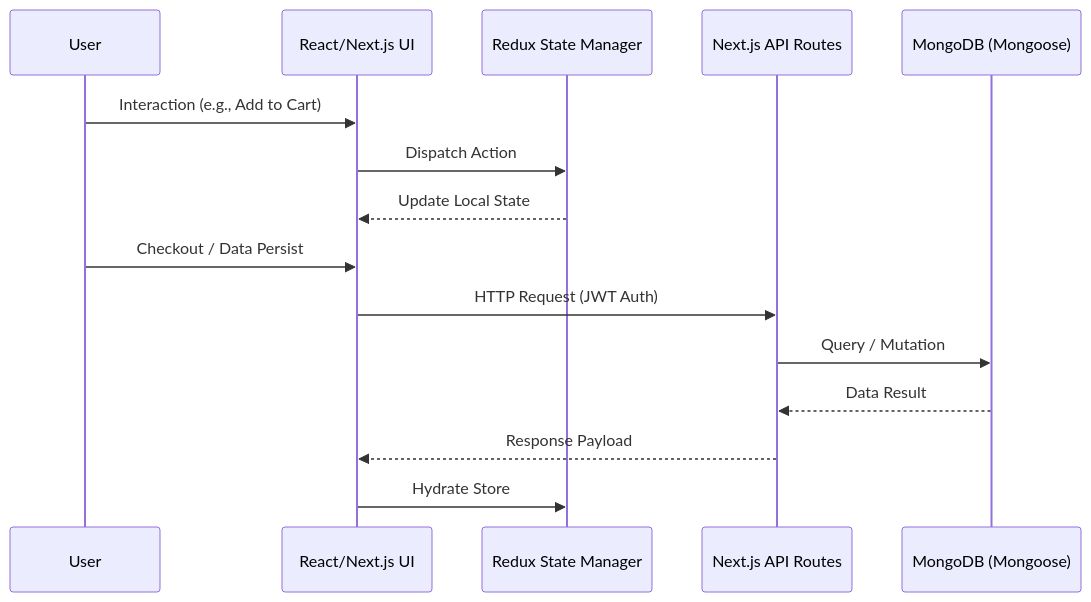
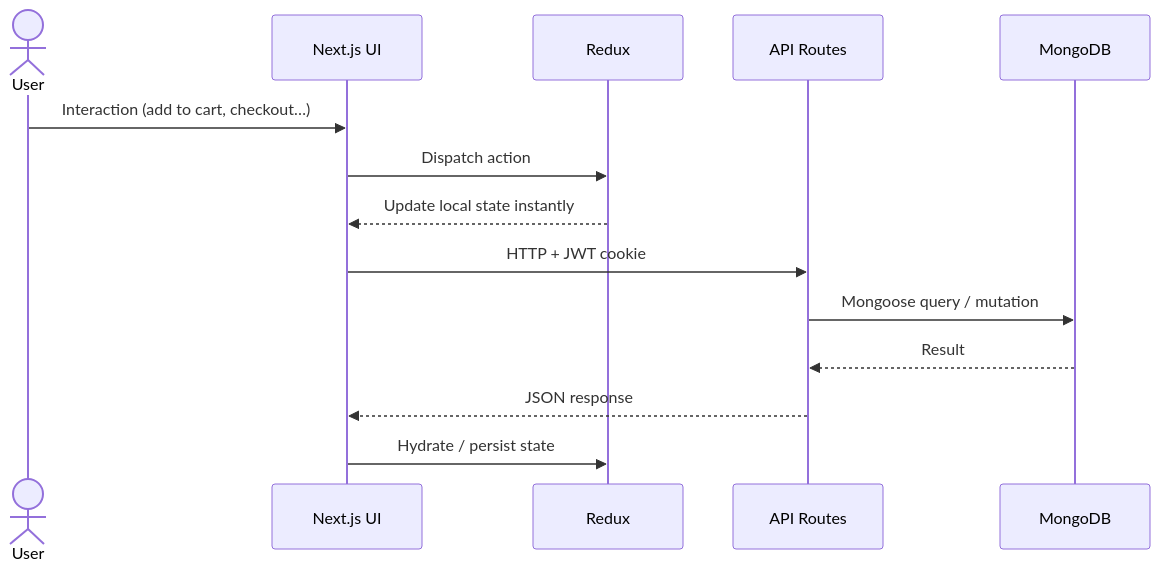
Before and after one commit to TalhaZubair019/PrintNest: the diagram in README.md, drawn with Mermaid. The commit also changed other lines of this file, not shown here.

````diff
--- a/README.md
+++ b/README.md
@@ -175,18 +142,17 @@
 ```mermaid
 sequenceDiagram
-    participant User
-    participant Frontend as React/Next.js UI
-    participant Redux as Redux State Manager
-    participant API as Next.js API Routes
-    participant DB as MongoDB (Mongoose)
+    actor User
+    participant UI as Next.js UI
+    participant Redux
+    participant API as API Routes
+    participant DB as MongoDB
 
-    User->>Frontend: Interaction (e.g., Add to Cart)
-    Frontend->>Redux: Dispatch Action
-    Redux-->>Frontend: Update Local State
-    User->>Frontend: Checkout / Data Persist
-    Frontend->>API: HTTP Request (JWT Auth)
-    API->>DB: Query / Mutation
-    DB-->>API: Data Result
-    API-->>Frontend: Response Payload
-    Frontend->>Redux: Hydrate Store
+    User->>UI: Interaction (add to cart, checkout…)
+    UI->>Redux: Dispatch action
+    Redux-->>UI: Update local state instantly
+    UI->>API: HTTP + JWT cookie
+    API->>DB: Mongoose query / mutation
+    DB-->>API: Result
+    API-->>UI: JSON response
+    UI->>Redux: Hydrate / persist state
 ```
````
